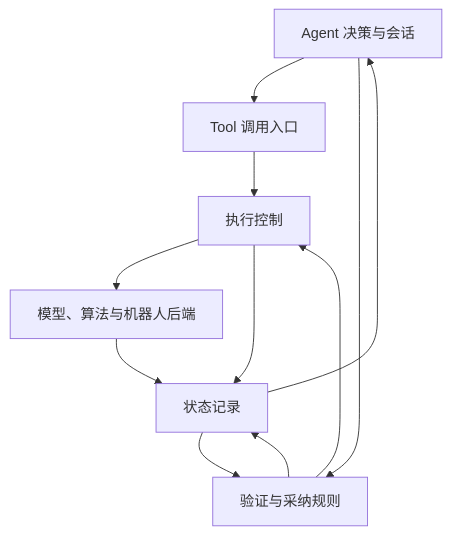
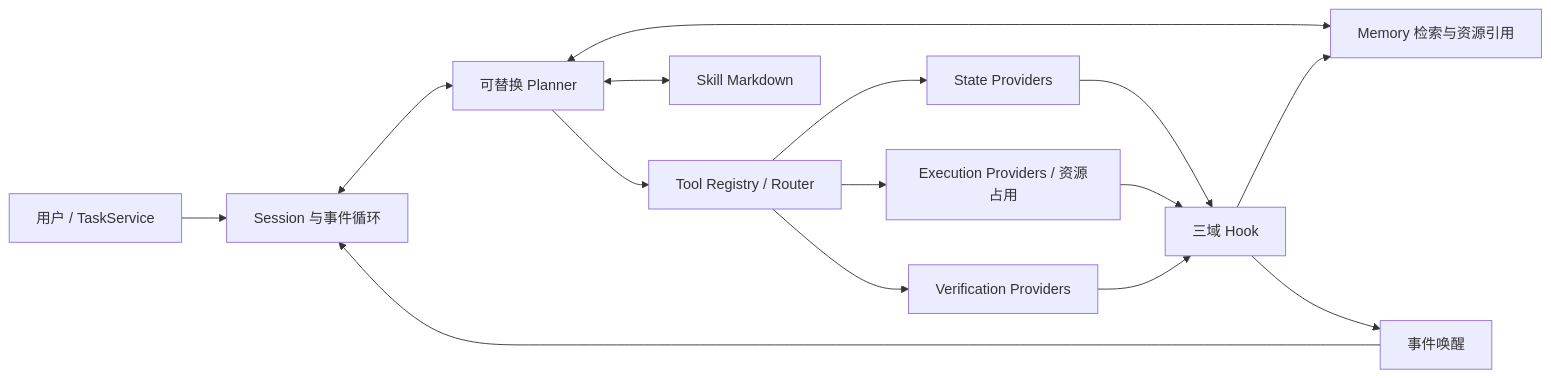
One commit to qianyuhang16/HumanoidAgent changed the diagram in docs/architecture.md. Above: the diagram before and after it, drawn with Mermaid. The commit also changed other lines of this file and 287 other files, not shown here.

````diff
--- a/docs/architecture.md
+++ b/docs/architecture.md
@@ -10,13 +5,17 @@
 ```mermaid
-flowchart TB
-    A[Agent 决策与会话] --> T[Tool 调用入口]
-    T --> E[执行控制]
-    E --> B[模型、算法与机器人后端]
-    B --> S[状态记录]
+flowchart LR
+    U[用户 / TaskService] --> S[Session 与事件循环]
+    S <--> P[可替换 Planner]
+    P --> R[Tool Registry / Router]
+    P <--> K[Skill Markdown]
+    P <--> M[Memory 检索与资源引用]
+    R --> ST[State Providers]
+    R --> EX[Execution Providers / 资源占用]
+    R --> V[Verification Providers]
+    ST --> H[三域 Hook]
+    EX --> H
+    V --> H
+    H --> M
+    H --> E[事件唤醒]
     E --> S
-    S --> A
-    S --> V[验证与采纳规则]
-    A --> V
-    V --> S
-    V --> E
 ```
````
